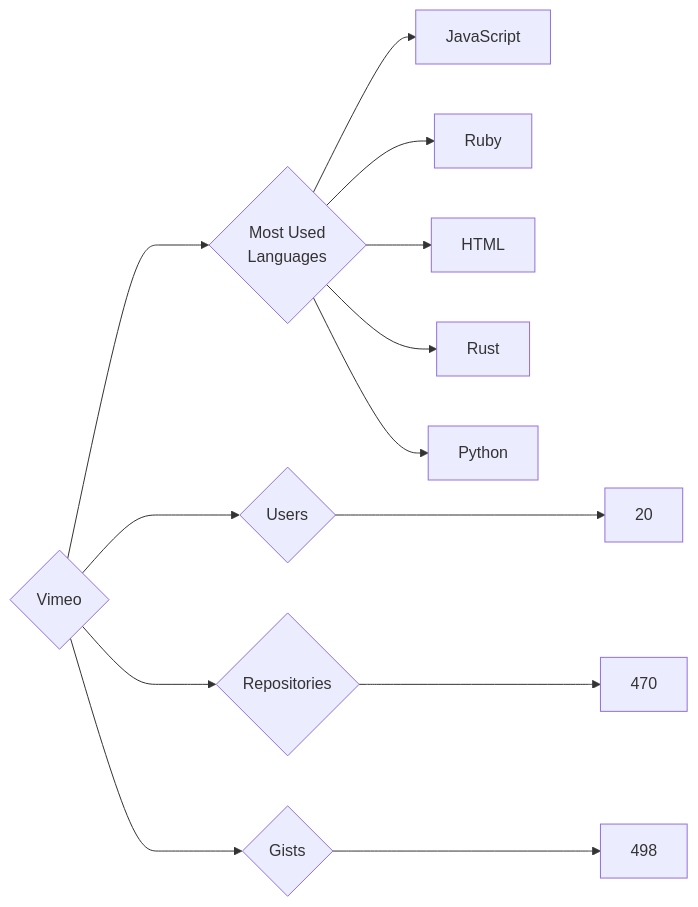
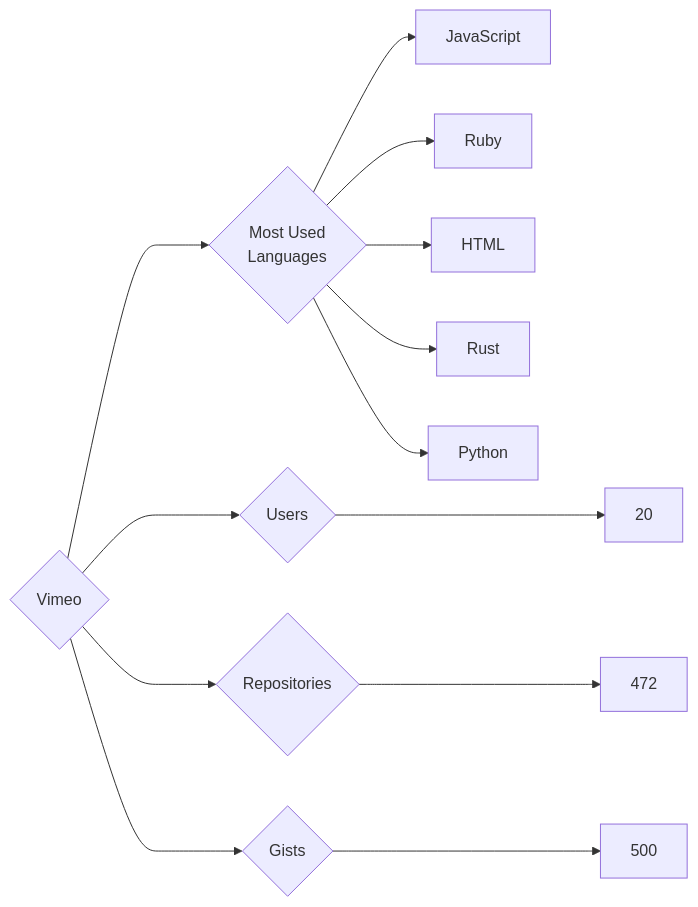
One commit to trickest/insiders changed the diagram in targets/Vimeo/README.md. Above: the diagram before and after it, drawn with Mermaid. The commit also changed 940 other files, not shown here.

````diff
--- a/targets/Vimeo/README.md
+++ b/targets/Vimeo/README.md
@@ -3,13 +3,13 @@
 ```mermaid
 graph LR
 COMPANY_NAME{Vimeo}
 COMPANY_NAME ---> U{Users} ---> UN[20]
-COMPANY_NAME ---> R{Repositories} ---> RN[470]
-COMPANY_NAME ---> G{Gists} ---> GN[498]
+COMPANY_NAME ---> R{Repositories} ---> RN[472]
+COMPANY_NAME ---> G{Gists} ---> GN[500]
 COMPANY_NAME ---> ML{Most Used<br>Languages}
 ML --> JavaScript[JavaScript]
 ML --> Ruby[Ruby]
 ML --> HTML[HTML]
 ML --> Rust[Rust]
 ML --> Python[Python]
 ```
````
